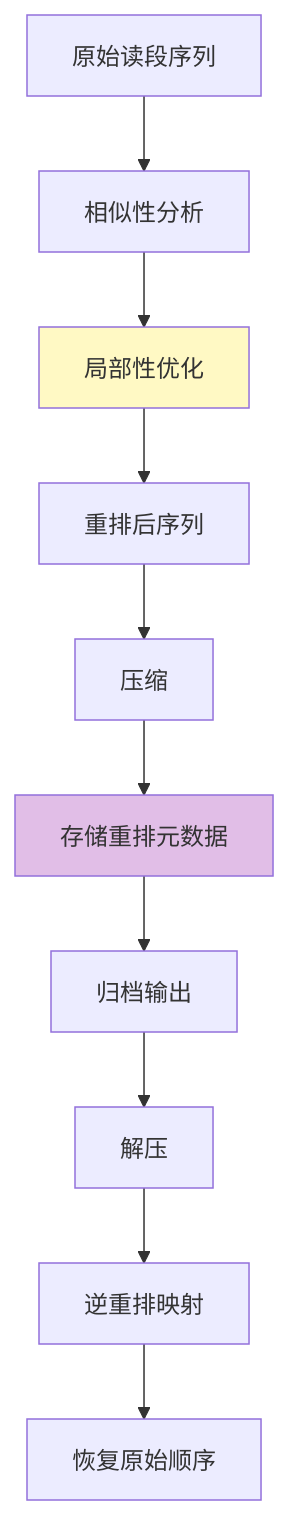
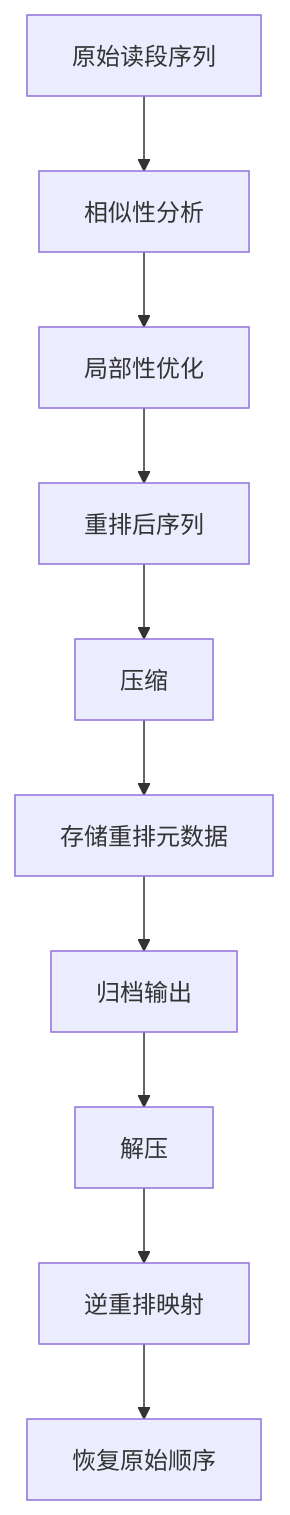
One commit to open-genomics/fq-compressor-rust changed the third of 4 diagrams in docs/zh/algorithms/index.md. Above: the diagram before and after it, drawn with Mermaid. The commit also changed other lines of this file and 23 other files, not shown here.

````diff
--- a/docs/zh/algorithms/index.md
+++ b/docs/zh/algorithms/index.md
@@ -72,17 +66,15 @@
 ```mermaid
 flowchart TD
     A[原始读段序列] --> B[相似性分析]
     B --> C[局部性优化]
     C --> D[重排后序列]
     D --> E[压缩]
     
     E --> F[存储重排元数据]
     F --> G[归档输出]
     
     G --> H[解压]
     H --> I[逆重排映射]
     I --> J[恢复原始顺序]
     
-    style C fill:#FFF9C4
-    style F fill:#E1BEE7
 ```
````
